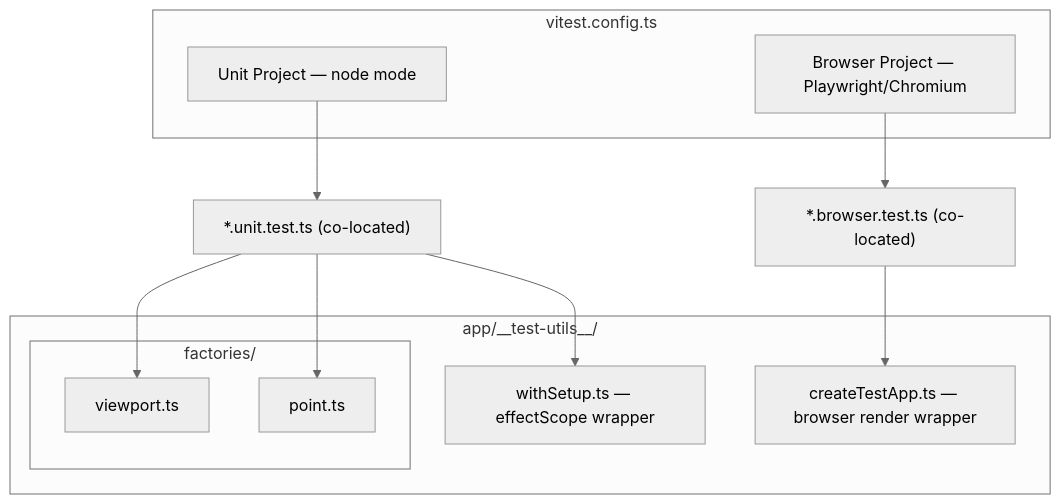
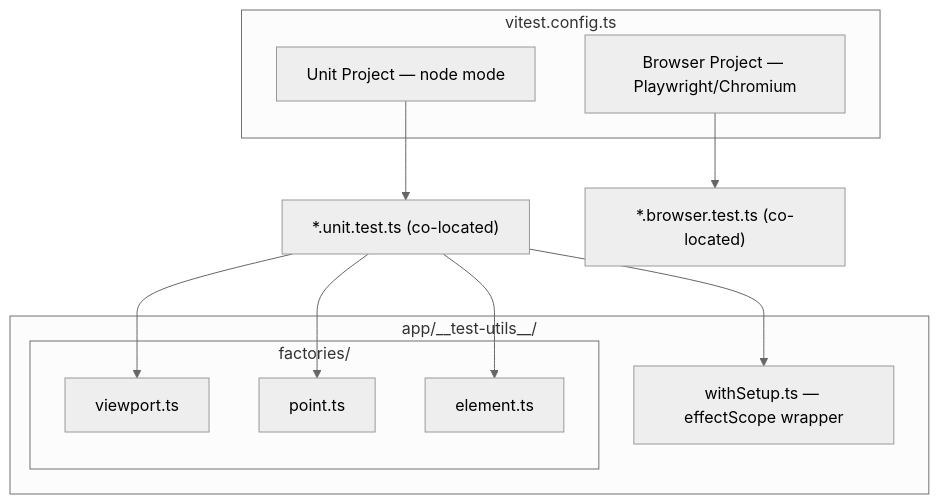
One commit to alexanderop/excalidrawNuxt changed the sixth of 7 diagrams in docs/SYSTEM_KNOWLEDGE_MAP.md. Above: the diagram before and after it, drawn with Mermaid (neutral theme). The commit also changed other lines of this file and 41 other files, not shown here.

````diff
--- a/docs/SYSTEM_KNOWLEDGE_MAP.md
+++ b/docs/SYSTEM_KNOWLEDGE_MAP.md
@@ -111,24 +184,24 @@
 ```mermaid
 graph TD
     subgraph "vitest.config.ts"
         UP[Unit Project — node mode]
         BP[Browser Project — Playwright/Chromium]
     end
 
     UP --> UT["*.unit.test.ts (co-located)"]
     BP --> BT["*.browser.test.ts (co-located)"]
 
     subgraph "app/__test-utils__/"
         WS[withSetup.ts — effectScope wrapper]
-        CT[createTestApp.ts — browser render wrapper]
         subgraph "factories/"
             VF[viewport.ts]
             PF[point.ts]
+            EF[element.ts]
         end
     end
 
     UT --> WS
     UT --> VF
     UT --> PF
-    BT --> CT
+    UT --> EF
 ```
````
